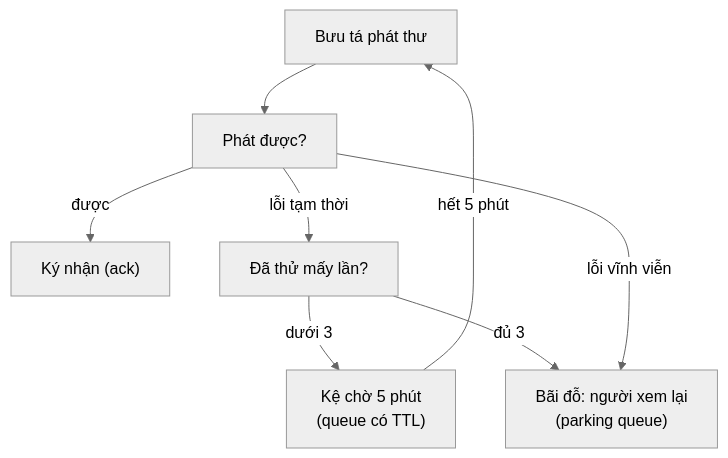
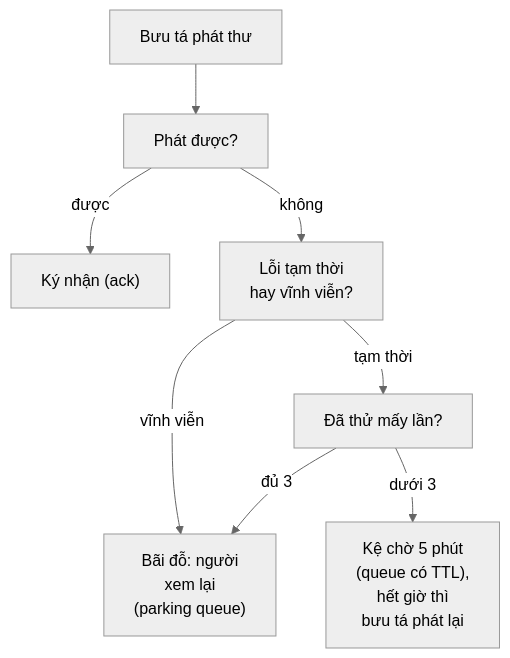
One commit to duongbui234/software-engineering-atlas changed the diagram in content/posts/2026-11-21-rabbitmq-dlx-retry.md. Above: the diagram before and after it, drawn with Mermaid (neutral theme). The commit also changed 134 other files, not shown here.

First line of the commit message:
Fit every Mermaid diagram at 390px without sideways scroll (#56)

````diff
--- a/content/posts/2026-11-21-rabbitmq-dlx-retry.md
+++ b/content/posts/2026-11-21-rabbitmq-dlx-retry.md
@@ -54,10 +54,10 @@
 ```mermaid
 flowchart TB
     W["Bưu tá phát thư"] --> R["Phát được?"]
     R -->|"được"| OK["Ký nhận (ack)"]
-    R -->|"lỗi tạm thời"| L["Đã thử mấy lần?"]
-    L -->|"dưới 3"| K["Kệ chờ 5 phút<br/>(queue có TTL)"]
-    K -->|"hết 5 phút"| W
-    L -->|"đủ 3"| P["Bãi đỗ: người xem lại<br/>(parking queue)"]
-    R -->|"lỗi vĩnh viễn"| P
+    R -->|"không"| E["Lỗi tạm thời<br/>hay vĩnh viễn?"]
+    E -->|"vĩnh viễn"| P["Bãi đỗ: người<br/>xem lại<br/>(parking queue)"]
+    E -->|"tạm thời"| L["Đã thử mấy lần?"]
+    L -->|"đủ 3"| P
+    L -->|"dưới 3"| K["Kệ chờ 5 phút<br/>(queue có TTL),<br/>hết giờ thì<br/>bưu tá phát lại"]
 ```
````
